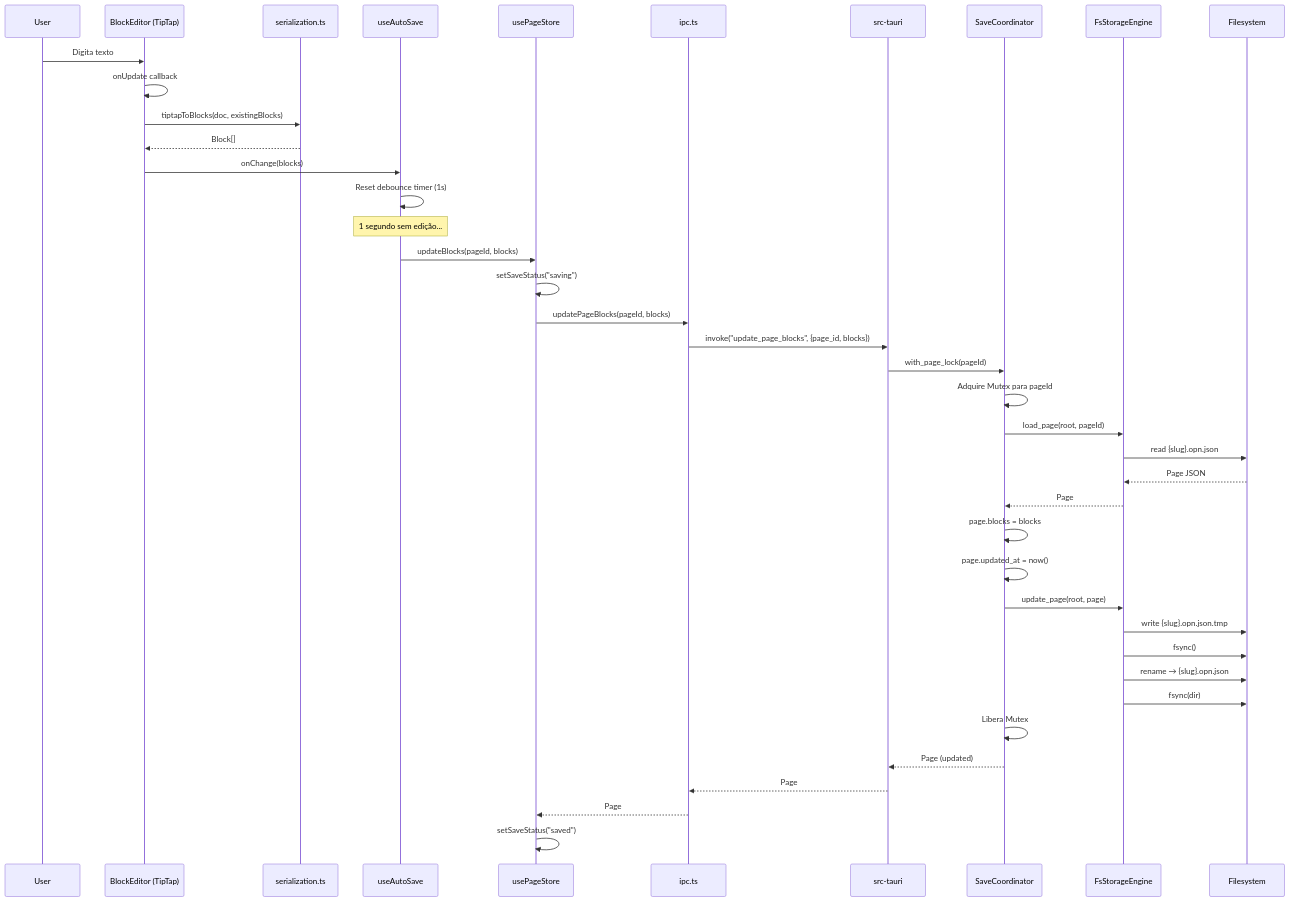
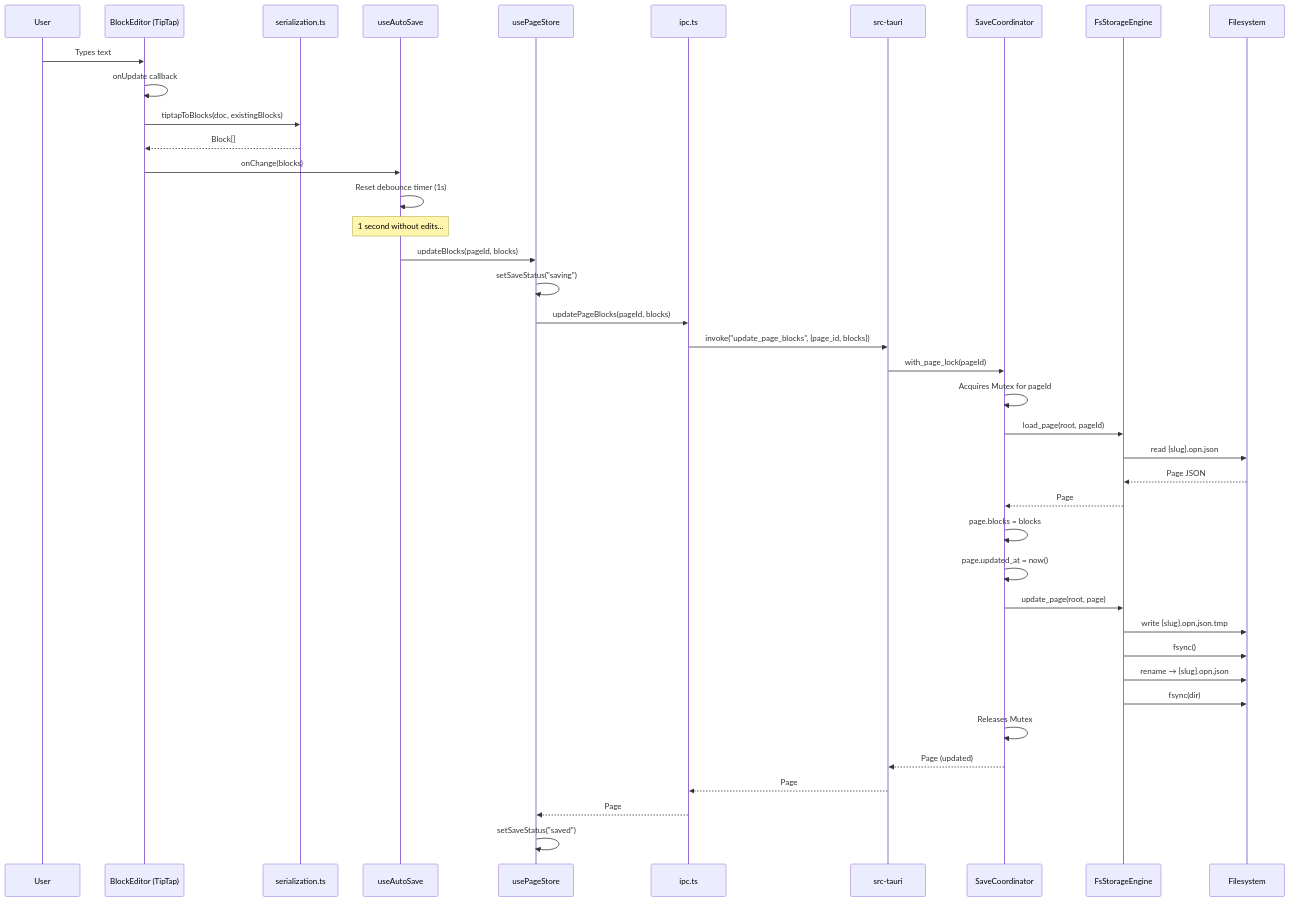
One commit to l3co/open-note changed the ninth of 15 diagrams in docs/ARCHITECTURE.md. Above: the diagram before and after it, drawn with Mermaid. The commit also changed other lines of this file and 10 other files, not shown here.

First line of the commit message:
docs: translate ARCHITECTURE, USER_GUIDE, and all 9 ADRs to English

````diff
--- a/docs/ARCHITECTURE.md
+++ b/docs/ARCHITECTURE.md
@@ -431,50 +431,50 @@
 ```mermaid
 sequenceDiagram
     participant User
     participant TipTap as BlockEditor (TipTap)
     participant Serial as serialization.ts
     participant Hook as useAutoSave
     participant Store as usePageStore
     participant IPC as ipc.ts
     participant Rust as src-tauri
     participant SC as SaveCoordinator
     participant Storage as FsStorageEngine
     participant FS as Filesystem
 
-    User->>TipTap: Digita texto
+    User->>TipTap: Types text
     TipTap->>TipTap: onUpdate callback
     TipTap->>Serial: tiptapToBlocks(doc, existingBlocks)
     Serial-->>TipTap: Block[]
 
     TipTap->>Hook: onChange(blocks)
     Hook->>Hook: Reset debounce timer (1s)
 
-    Note over Hook: 1 segundo sem edição...
+    Note over Hook: 1 second without edits...
 
     Hook->>Store: updateBlocks(pageId, blocks)
     Store->>Store: setSaveStatus("saving")
     Store->>IPC: updatePageBlocks(pageId, blocks)
     IPC->>Rust: invoke("update_page_blocks", {page_id, blocks})
 
     Rust->>SC: with_page_lock(pageId)
-    SC->>SC: Adquire Mutex para pageId
+    SC->>SC: Acquires Mutex for pageId
     SC->>Storage: load_page(root, pageId)
     Storage->>FS: read {slug}.opn.json
     FS-->>Storage: Page JSON
     Storage-->>SC: Page
 
     SC->>SC: page.blocks = blocks
     SC->>SC: page.updated_at = now()
 
     SC->>Storage: update_page(root, page)
     Storage->>FS: write {slug}.opn.json.tmp
     Storage->>FS: fsync()
     Storage->>FS: rename → {slug}.opn.json
     Storage->>FS: fsync(dir)
 
-    SC->>SC: Libera Mutex
+    SC->>SC: Releases Mutex
     SC-->>Rust: Page (updated)
     Rust-->>IPC: Page
     IPC-->>Store: Page
     Store->>Store: setSaveStatus("saved")
 ```
````
